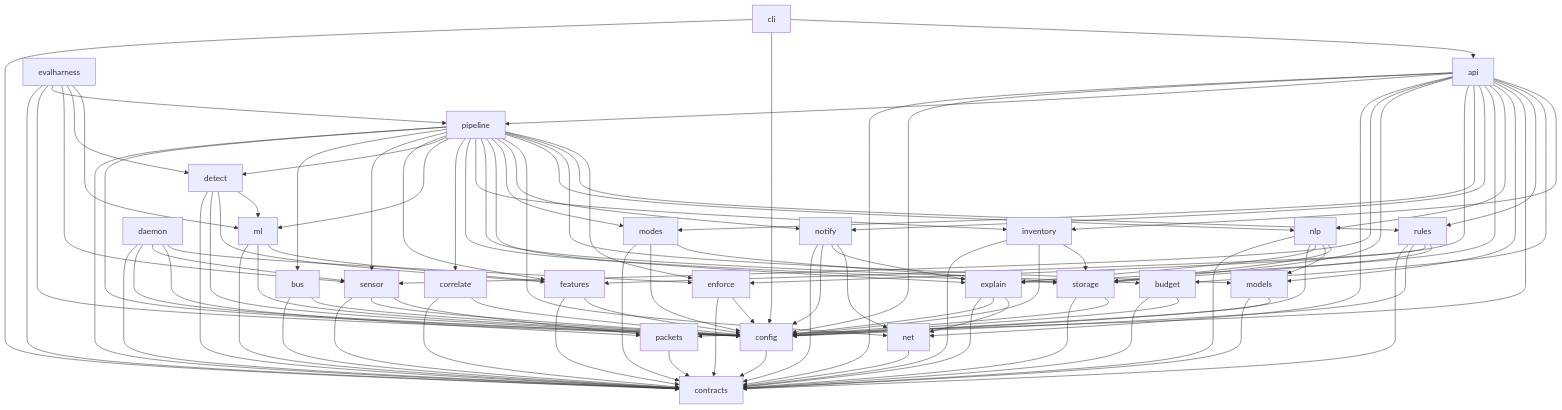
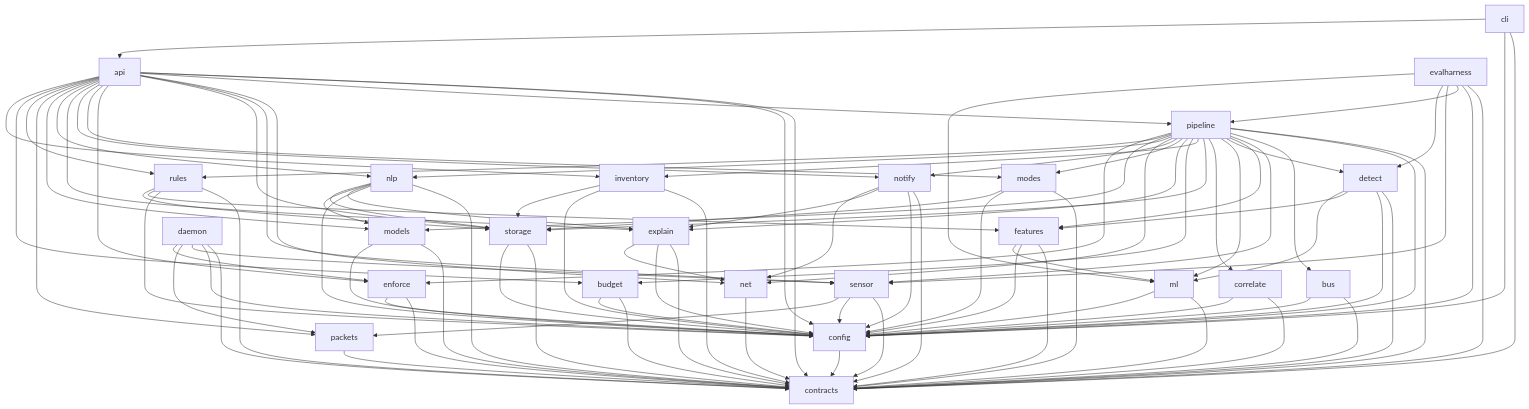
One commit to MRX-72/Hackt0b3r changed the diagram in docs/diagrams/05-module-dependencies.mmd. Above: the diagram before and after it, drawn with Mermaid. The commit also changed 24 other files, not shown here.

```diff
--- a/docs/diagrams/05-module-dependencies.mmd
+++ b/docs/diagrams/05-module-dependencies.mmd
@@ -1,101 +1,101 @@
 %% 05 Module dependencies. An edge A --> B means A MAY import B. tests/test_architecture.py parses this file.
 %% Anything not listed is forbidden. Stage 0 module set; later modules are added here in the same commit as their code.
 flowchart TB
   config --> contracts
   storage --> contracts
   storage --> config
   bus --> contracts
   bus --> config
   packets --> contracts
   sensor --> contracts
   sensor --> config
   sensor --> packets
   features --> contracts
   features --> config
   inventory --> contracts
   inventory --> config
   inventory --> storage
   ml --> contracts
   ml --> config
-  ml --> features
+  features --> ml
   detect --> contracts
   detect --> config
   detect --> features
   detect --> ml
   correlate --> contracts
   correlate --> config
   net --> contracts
   explain --> contracts
   explain --> config
   explain --> net
   models --> contracts
   models --> config
   nlp --> contracts
   nlp --> config
   nlp --> explain
   nlp --> models
   nlp --> storage
   budget --> contracts
   budget --> config
   enforce --> contracts
   enforce --> config
   rules --> contracts
   rules --> config
   rules --> features
   rules --> storage
   modes --> contracts
   modes --> config
   modes --> storage
   notify --> contracts
   notify --> config
   notify --> explain
   notify --> net
   daemon --> contracts
   daemon --> config
   daemon --> sensor
   daemon --> packets
   daemon --> enforce
   pipeline --> contracts
   pipeline --> config
   pipeline --> bus
   pipeline --> sensor
   pipeline --> features
   pipeline --> detect
   pipeline --> ml
   pipeline --> correlate
   pipeline --> storage
   pipeline --> inventory
   pipeline --> budget
   pipeline --> explain
   pipeline --> modes
   pipeline --> notify
   pipeline --> net
   pipeline --> nlp
   pipeline --> models
   pipeline --> rules
   pipeline --> enforce
   api --> contracts
   api --> config
   api --> pipeline
   api --> net
   api --> sensor
   api --> storage
   api --> enforce
   api --> modes
   api --> notify
   api --> explain
   api --> nlp
   api --> models
   api --> packets
   api --> rules
   api --> budget
   api --> inventory
   cli --> contracts
   cli --> config
   cli --> api
   evalharness --> contracts
   evalharness --> config
   evalharness --> pipeline
   evalharness --> sensor
   evalharness --> detect
   evalharness --> ml
```
